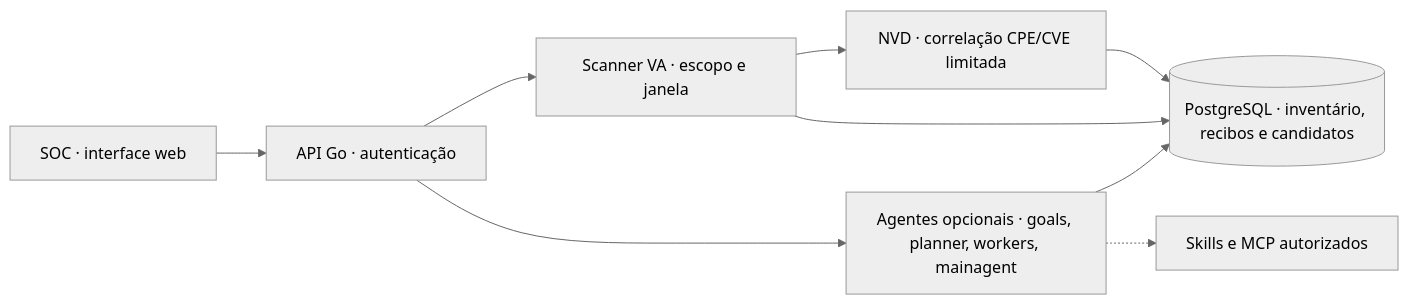
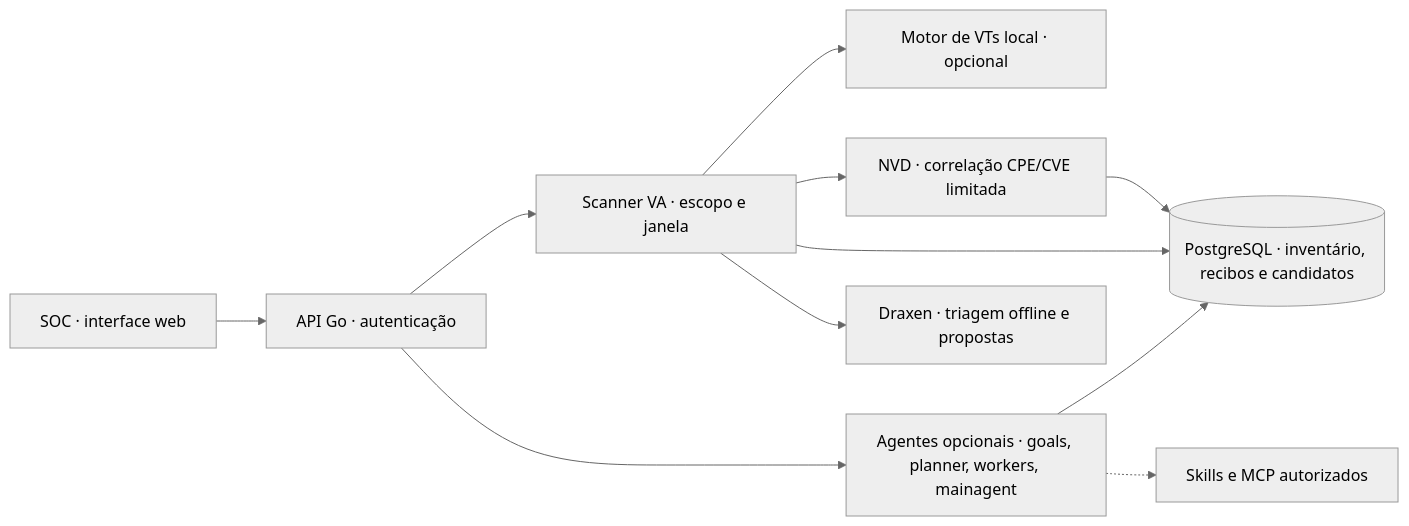
Before and after one commit to MTheux/it4us-va: the diagram in README.md, drawn with Mermaid (neutral theme). The commit also changed other lines of this file and 19 other files, not shown here.

````diff
--- a/README.md
+++ b/README.md
@@ -102,11 +102,13 @@
 ```mermaid
 flowchart LR
   SOC["SOC · interface web"] --> API["API Go · autenticação"]
   API --> VA["Scanner VA · escopo e janela"]
+  VA --> VT["Motor de VTs local · opcional"]
   VA --> NVD["NVD · correlação CPE/CVE limitada"]
   NVD --> DB[("PostgreSQL · inventário, recibos e candidatos")]
   VA --> DB
   API --> AG["Agentes opcionais · goals, planner, workers, mainagent"]
   AG --> DB
   AG -.-> MCP["Skills e MCP autorizados"]
+  VA --> DR["Draxen · triagem offline e propostas"]
 ```
````
